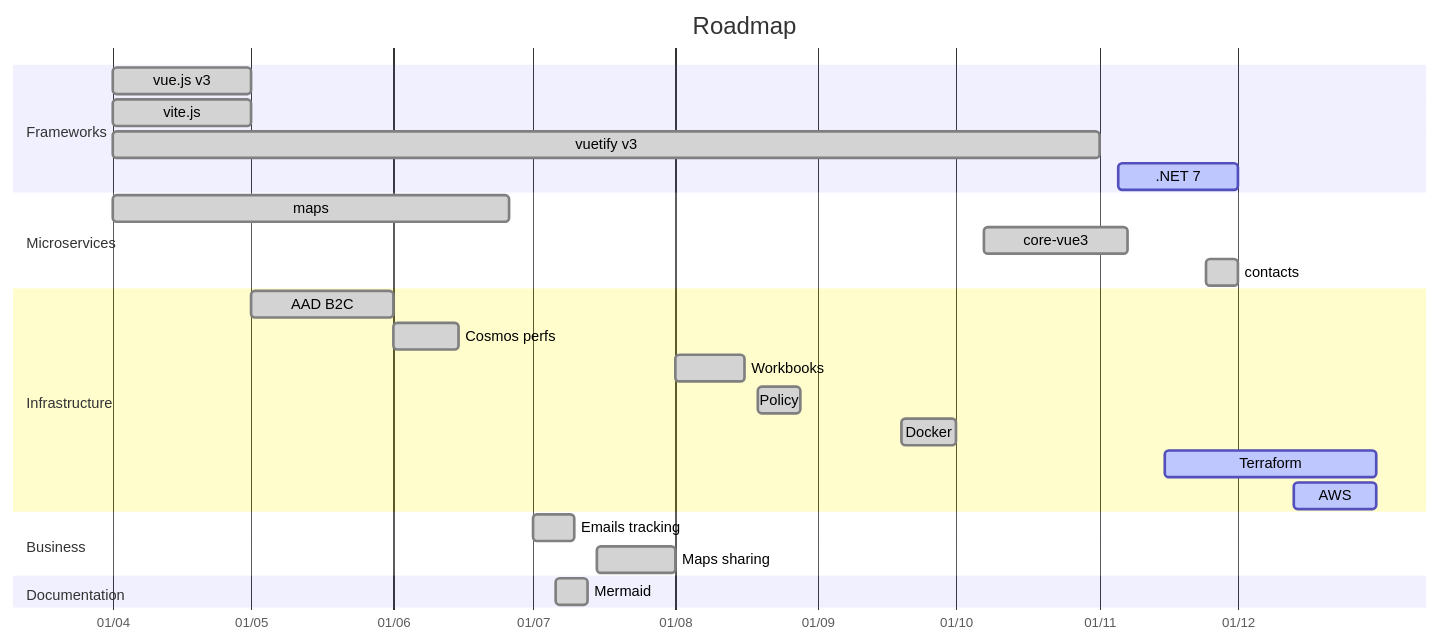
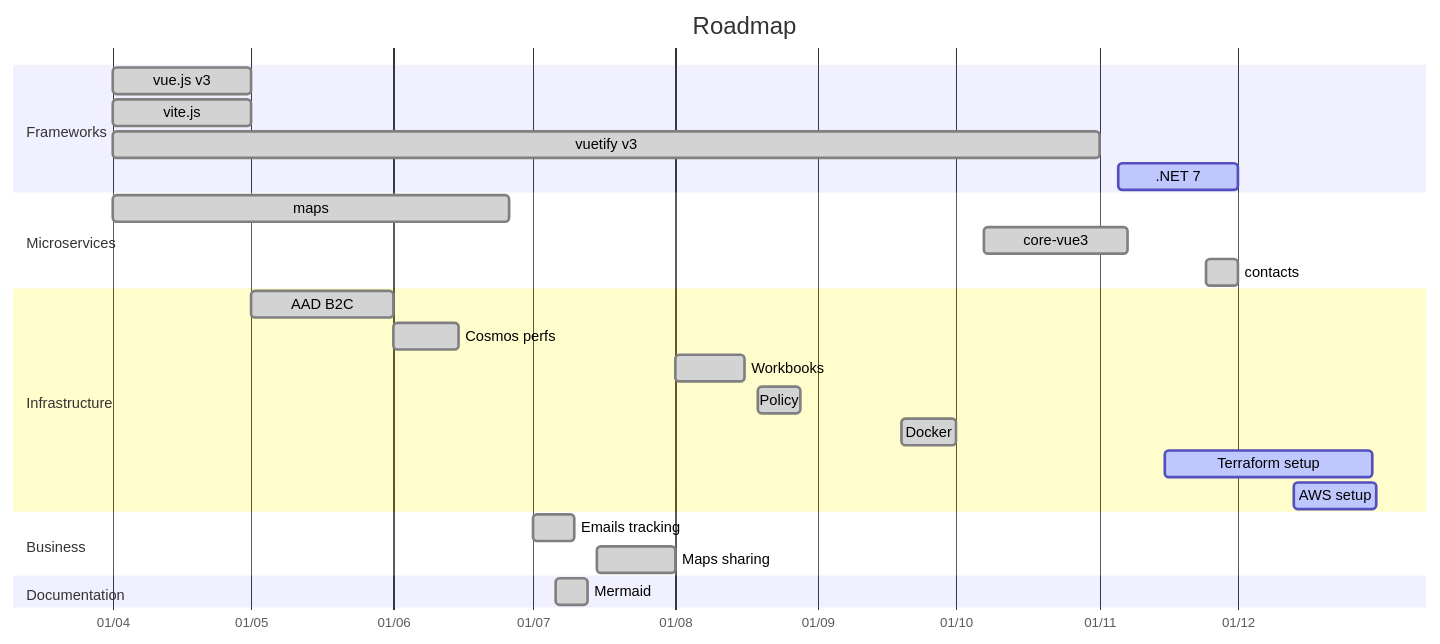
The second of 2 diagrams in docs/roadmap.md (amilochau/.github), drawn with Mermaid before and after one commit. The commit also changed other lines of this file, not shown here.

````diff
--- a/docs/roadmap.md
+++ b/docs/roadmap.md
@@ -9,33 +63,33 @@
 ```mermaid
 gantt
   title Roadmap
   dateFormat YYYY-MM-DD
   axisFormat %d/%m
 
   section Frameworks
   vue.js v3       : done,       vue,        2022-04-01,               2022-05-01
   vite.js         : done,       vite,       2022-04-01,               2022-05-01
   vuetify v3      : done,       vuetify,    2022-04-01,               2022-11-01
   .NET 7          : active,     dotnet,     2022-11-05,               2022-12-01
 
   section Microservices
   maps            : done,       maps,       2022-04-01,               2022-06-26
   core-vue3       : done,       corevue3,   2022-10-07,               2022-11-07
   contacts        : done,       contacts,   2022-11-24,               2022-12-01
 
   section Infrastructure
   AAD B2C         : done,       aadb2c,     2022-05-01,               2022-06-01
   Cosmos perfs    : done,       cosmos,     2022-06-01,               2022-06-15
   Workbooks       : done,       workbooks,  2022-08-01,               2022-08-16
   Policy          : done,       policy,     2022-08-19,               2022-08-28
   Docker          : done,       docker,     2022-09-19,               2022-10-01
-  Terraform       : active,     terraform,  2022-11-15,               2022-12-31
-  AWS             : active,     aws,        2022-12-13,               2022-12-31
+  Terraform setup : active,     terraform,  2022-11-15,               2022-12-30
+  AWS setup       : active,     aws,        2022-12-13,               2022-12-31
 
   section Business
   Emails tracking : done,       tracking,   2022-07-01,               2022-07-10
   Maps sharing    : done,       sharing,    2022-07-15,               2022-08-01
 
   section Documentation
   Mermaid         : done,       mermaid,    2022-07-06,               2022-07-13
 ```
````
